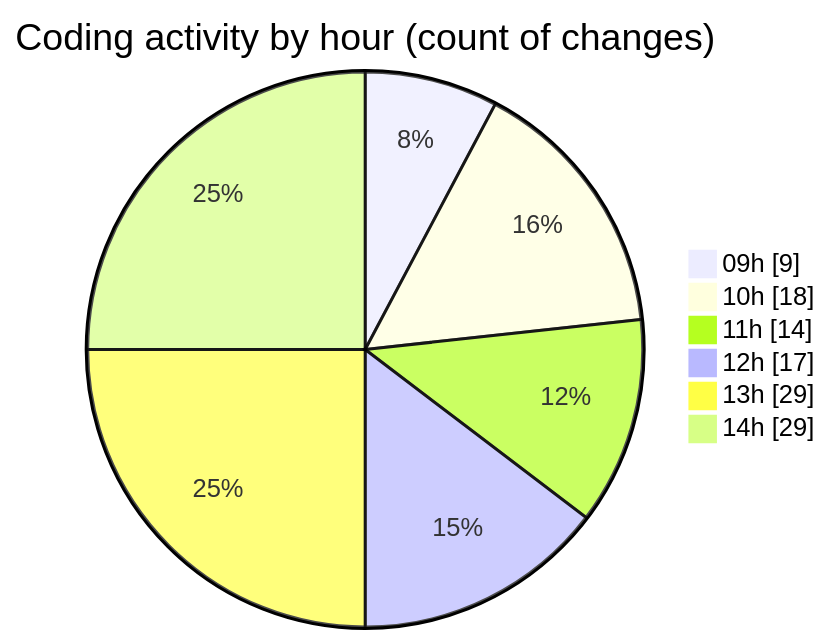
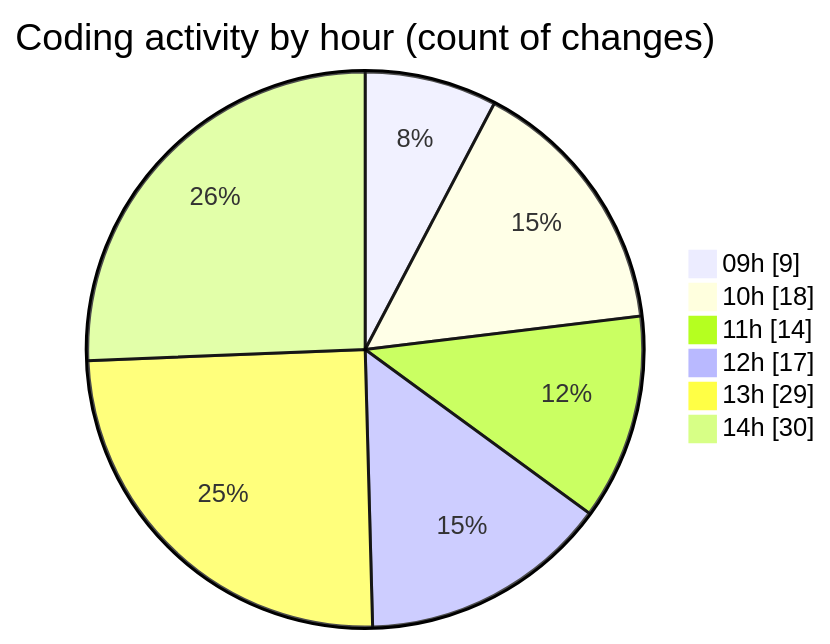
The second of 2 diagrams in 2025-03-24/cda/README.md (momahboobian/code-tracking), drawn with Mermaid before and after one commit. The commit also changed other lines of this file and 1 other file, not shown here.

````diff
--- a/2025-03-24/cda/README.md
+++ b/2025-03-24/cda/README.md
@@ -54,10 +54,10 @@
 ```mermaid
 pie showData
 title Coding activity by hour (count of changes)
 "09h" : 9
 "10h" : 18
 "11h" : 14
 "12h" : 17
 "13h" : 29
-"14h" : 29
+"14h" : 30
 ```
````
